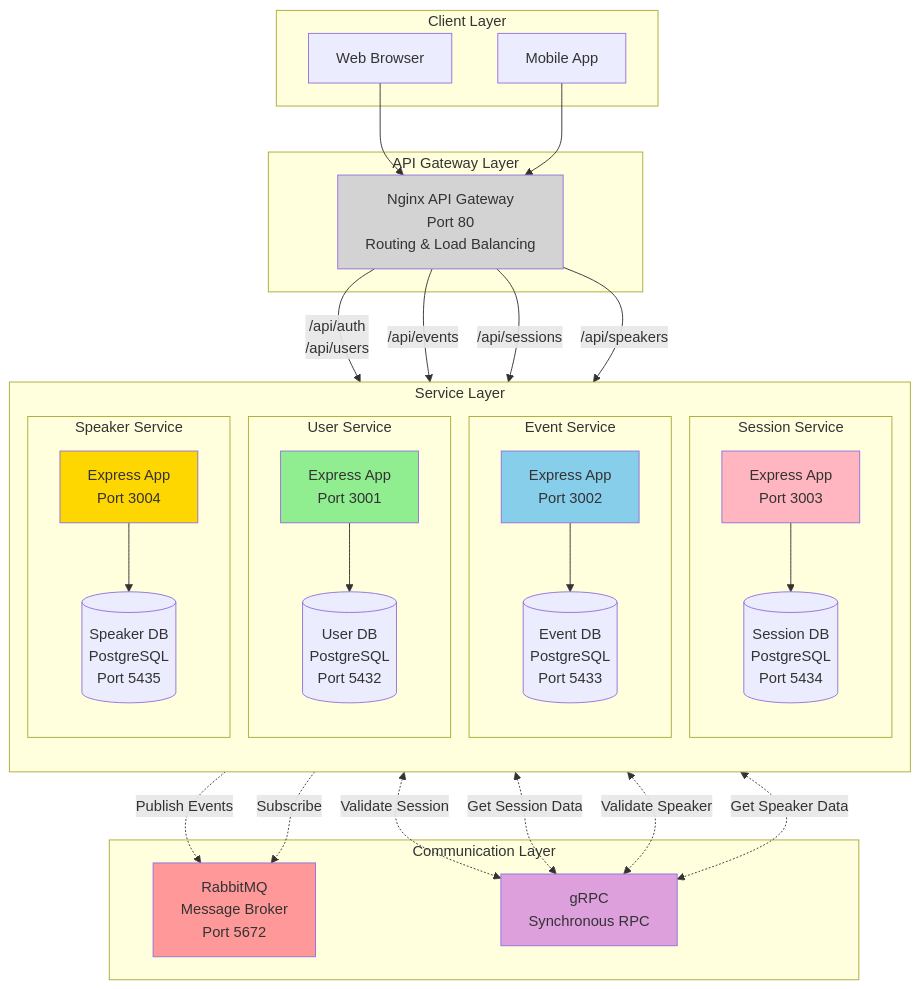
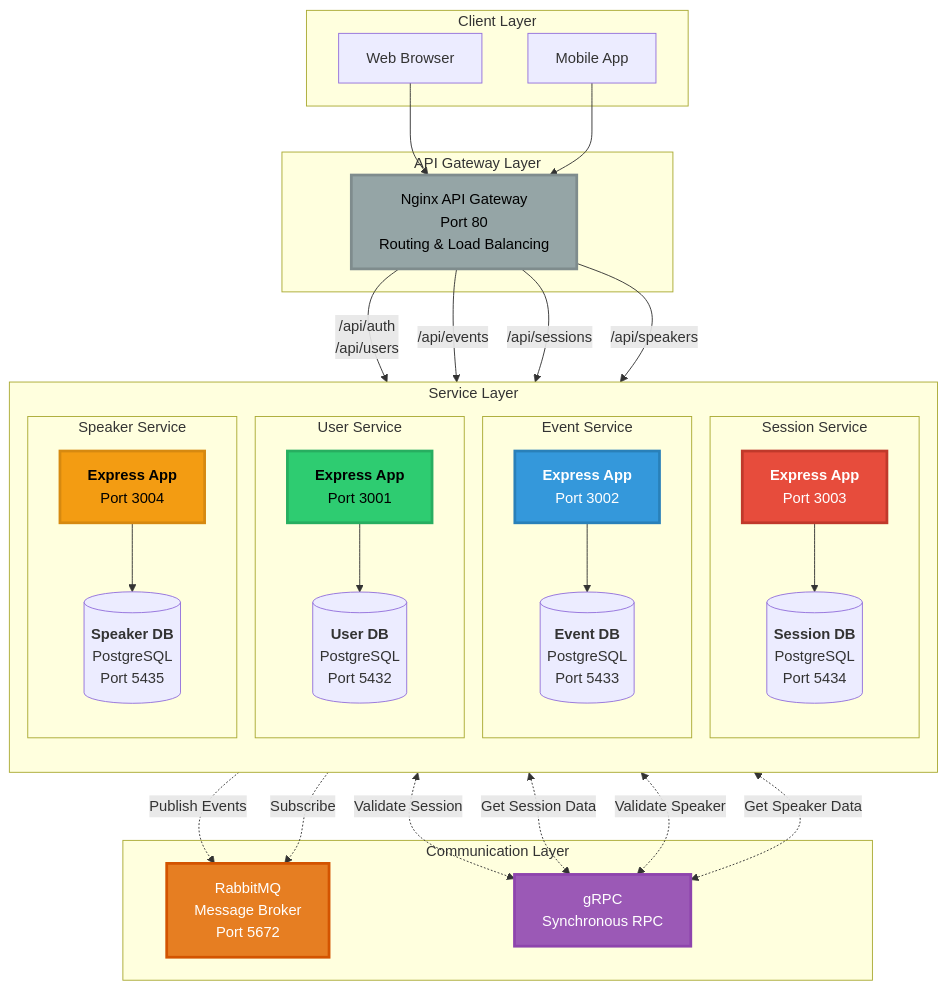
Before and after one commit to martimmpr/epicjunior-backend-db-course: the first of 9 diagrams in diagrams/microservices-architecture.md, drawn with Mermaid. The commit also changed other lines of this file and 3 other files, not shown here.

Commit message:
docs: Improved Diagrams Readability.

````diff
--- a/diagrams/microservices-architecture.md
+++ b/diagrams/microservices-architecture.md
@@ -7,69 +7,69 @@
 ```mermaid
 graph TB
     subgraph "Client Layer"
         Web[Web Browser]
         Mobile[Mobile App]
     end
     
     subgraph "API Gateway Layer"
         GW[Nginx API Gateway<br/>Port 80<br/>Routing & Load Balancing]
     end
     
     subgraph "Service Layer"
         direction TB
         
         subgraph "User Service"
-            US[Express App<br/>Port 3001]
-            UDB[(User DB<br/>PostgreSQL<br/>Port 5432)]
+            US["<b>Express App</b><br/>Port 3001"]
+            UDB[("<b>User DB</b><br/>PostgreSQL<br/>Port 5432")]
             US --> UDB
         end
         
         subgraph "Event Service"
-            ES[Express App<br/>Port 3002]
-            EDB[(Event DB<br/>PostgreSQL<br/>Port 5433)]
+            ES["<b>Express App</b><br/>Port 3002"]
+            EDB[("<b>Event DB</b><br/>PostgreSQL<br/>Port 5433")]
             ES --> EDB
         end
         
         subgraph "Session Service"
-            SS[Express App<br/>Port 3003]
-            SDB[(Session DB<br/>PostgreSQL<br/>Port 5434)]
+            SS["<b>Express App</b><br/>Port 3003"]
+            SDB[("<b>Session DB</b><br/>PostgreSQL<br/>Port 5434")]
             SS --> SDB
         end
         
         subgraph "Speaker Service"
-            SpS[Express App<br/>Port 3004]
-            SpDB[(Speaker DB<br/>PostgreSQL<br/>Port 5435)]
+            SpS["<b>Express App</b><br/>Port 3004"]
+            SpDB[("<b>Speaker DB</b><br/>PostgreSQL<br/>Port 5435")]
             SpS --> SpDB
         end
     end
     
     subgraph "Communication Layer"
         RMQ[RabbitMQ<br/>Message Broker<br/>Port 5672]
         gRPC[gRPC<br/>Synchronous RPC]
     end
     
     Web --> GW
     Mobile --> GW
     
     GW -->|/api/auth<br/>/api/users| US
     GW -->|/api/events| ES
     GW -->|/api/sessions| SS
     GW -->|/api/speakers| SpS
     
     US -.->|Publish Events| RMQ
     ES -.->|Subscribe| RMQ
     
     ES <-.->|Validate Session| gRPC
     SS <-.->|Get Session Data| gRPC
     
     SS <-.->|Validate Speaker| gRPC
     SpS <-.->|Get Speaker Data| gRPC
     
-    style US fill:#90EE90
-    style ES fill:#87CEEB
-    style SS fill:#FFB6C1
-    style SpS fill:#FFD700
-    style RMQ fill:#FF9999
-    style gRPC fill:#DDA0DD
-    style GW fill:#D3D3D3
+    style US fill:#2ecc71,stroke:#27ae60,stroke-width:3px,color:#000
+    style ES fill:#3498db,stroke:#2980b9,stroke-width:3px,color:#fff
+    style SS fill:#e74c3c,stroke:#c0392b,stroke-width:3px,color:#fff
+    style SpS fill:#f39c12,stroke:#d68910,stroke-width:3px,color:#000
+    style RMQ fill:#e67e22,stroke:#d35400,stroke-width:3px,color:#fff
+    style gRPC fill:#9b59b6,stroke:#8e44ad,stroke-width:3px,color:#fff
+    style GW fill:#95a5a6,stroke:#7f8c8d,stroke-width:3px,color:#000
 ```
````
